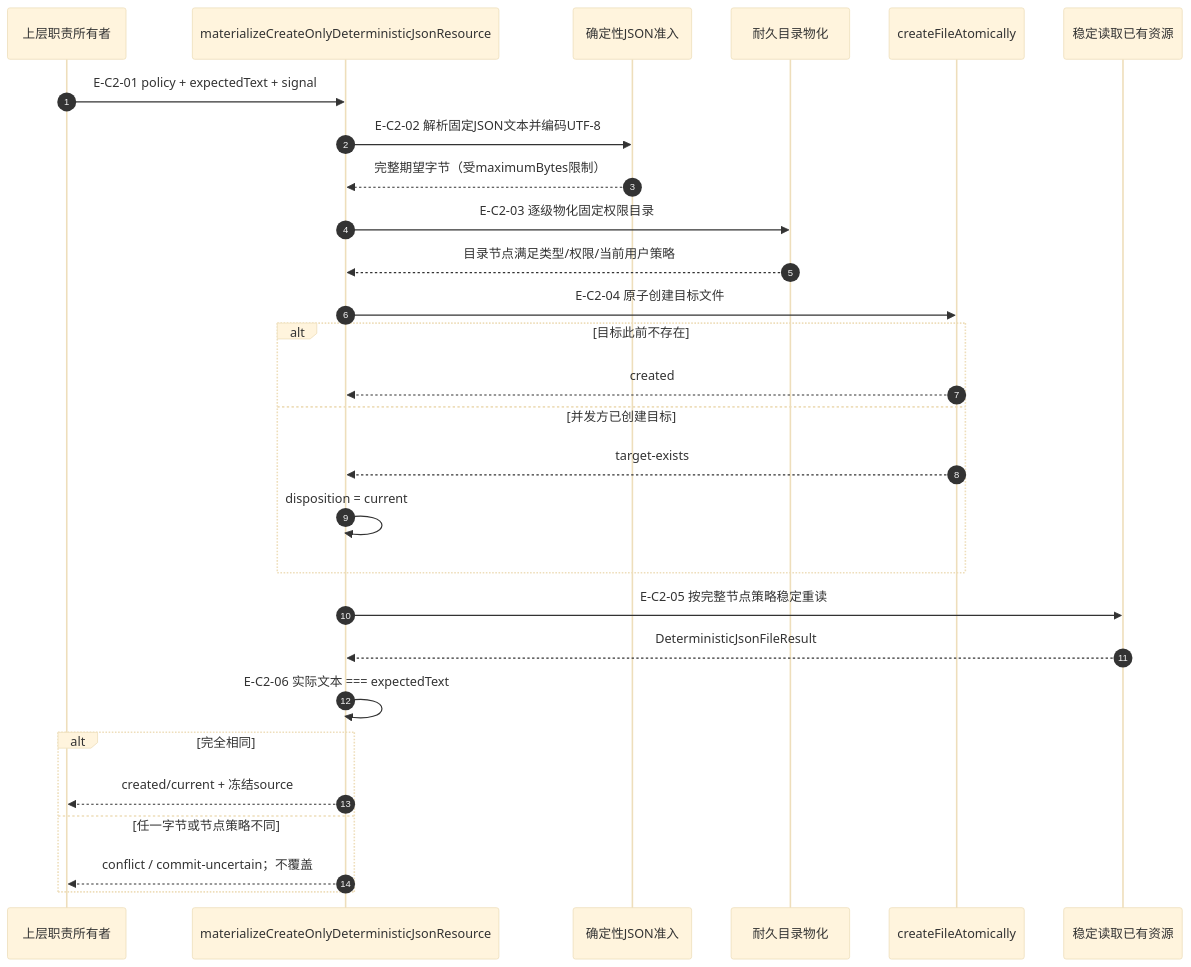
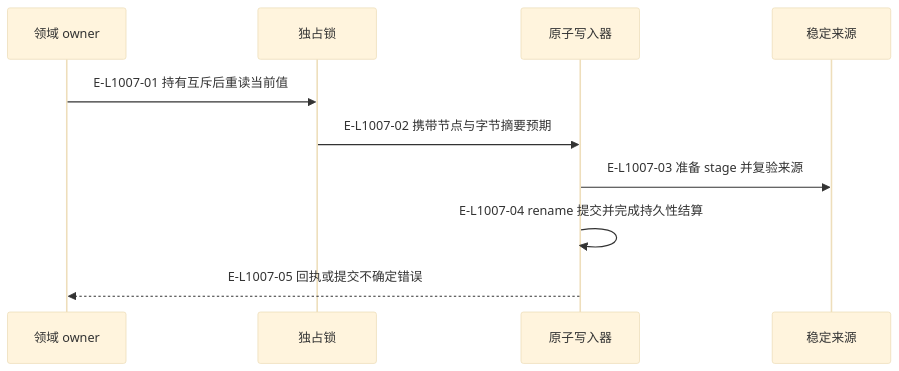
The second of 3 diagrams in wakeflow-architecture-atlas/maps/02-foundation/runtime-call-flow.md (GxFn/Wakeflow), drawn with Mermaid (base theme) before and after one commit. The commit also changed other lines of this file and 71 other files, not shown here.

Commit message:
docs(atlas): align architecture maps with L1 nine-slice implementation

````diff
--- a/wakeflow-architecture-atlas/maps/02-foundation/runtime-call-flow.md
+++ b/wakeflow-architecture-atlas/maps/02-foundation/runtime-call-flow.md
@@ -165,36 +100,14 @@
 ```mermaid
 sequenceDiagram
-  accTitle: Foundation只创建确定性JSON资源幂等物化
-  accDescr: 调用方提供固定目录/文件权限、容量和完整期望JSON文本；能力先验证确定性JSON并物化目录，再尝试原子创建。若目标已由并发调用创建，则稳定重读并要求完整文本相同才返回current；任何差异保持冲突且从不替换已有文件。
-
-  autonumber
-  participant CALLER as 上层职责所有者
-  participant MATERIALIZE as materializeCreateOnlyDeterministicJsonResource
-  participant JSON as 确定性JSON准入
-  participant DIR as 耐久目录物化
-  participant ATOMIC as createFileAtomically
-  participant LOAD as 稳定读取已有资源
-
-  CALLER->>MATERIALIZE: E-C2-01 policy + expectedText + signal
-  MATERIALIZE->>JSON: E-C2-02 解析固定JSON文本并编码UTF-8
-  JSON-->>MATERIALIZE: 完整期望字节（受maximumBytes限制）
-  MATERIALIZE->>DIR: E-C2-03 逐级物化固定权限目录
-  DIR-->>MATERIALIZE: 目录节点满足类型/权限/当前用户策略
-  MATERIALIZE->>ATOMIC: E-C2-04 原子创建目标文件
-
-  alt 目标此前不存在
-    ATOMIC-->>MATERIALIZE: created
-  else 并发方已创建目标
-    ATOMIC-->>MATERIALIZE: target-exists
-    MATERIALIZE->>MATERIALIZE: disposition = current
-  end
-
-  MATERIALIZE->>LOAD: E-C2-05 按完整节点策略稳定重读
-  LOAD-->>MATERIALIZE: DeterministicJsonFileResult
-  MATERIALIZE->>MATERIALIZE: E-C2-06 实际文本 === expectedText
-  alt 完全相同
-    MATERIALIZE-->>CALLER: created/current + 冻结source
-  else 任一字节或节点策略不同
-    MATERIALIZE-->>CALLER: conflict / commit-uncertain；不覆盖
-  end
+  accTitle: 精确文件替换与提交边界
+  accDescr: 精确文件替换与提交边界；箭头区分当前代码步骤、返回事实与明确的条件。
+  participant owner as 领域 owner
+  participant lock as 独占锁
+  participant writer as 原子写入器
+  participant source as 稳定来源
+  owner->>lock: E-L1007-01 持有互斥后重读当前值
+  lock->>writer: E-L1007-02 携带节点与字节摘要预期
+  writer->>source: E-L1007-03 准备 stage 并复验来源
+  writer->>writer: E-L1007-04 rename 提交并完成持久性结算
+  writer-->>owner: E-L1007-05 回执或提交不确定错误
 ```
````
